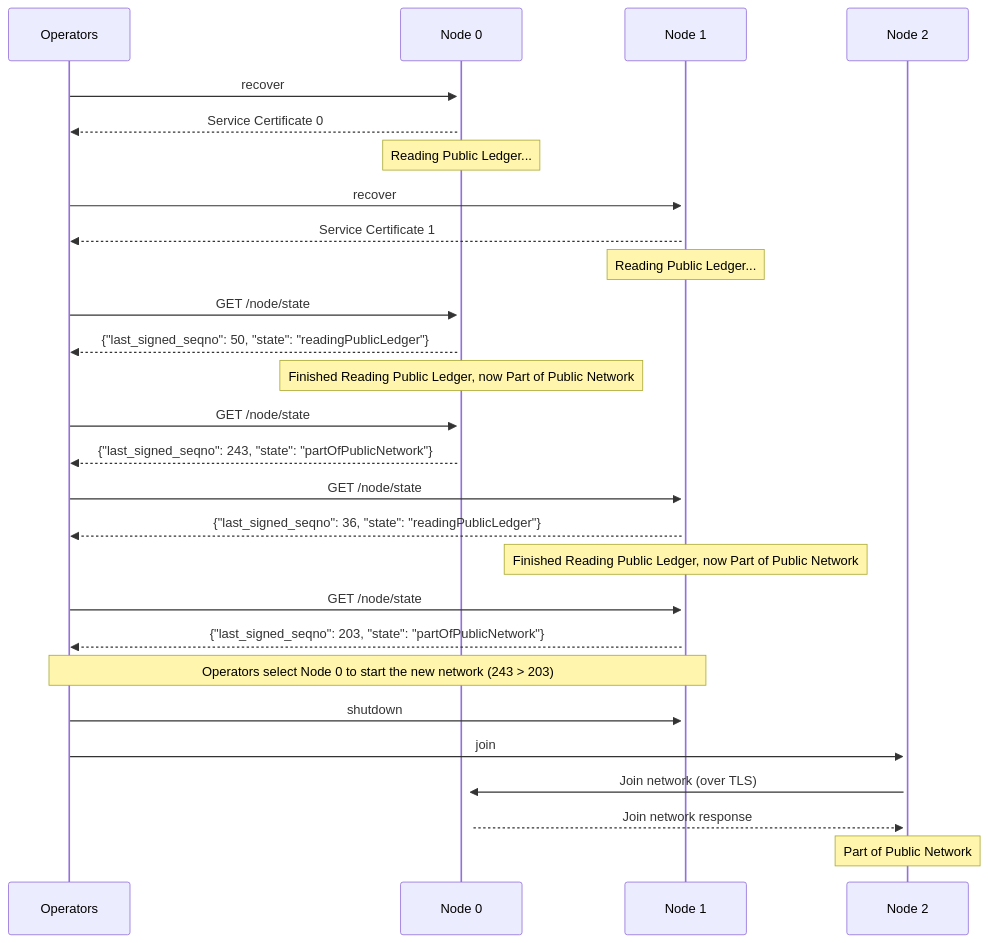
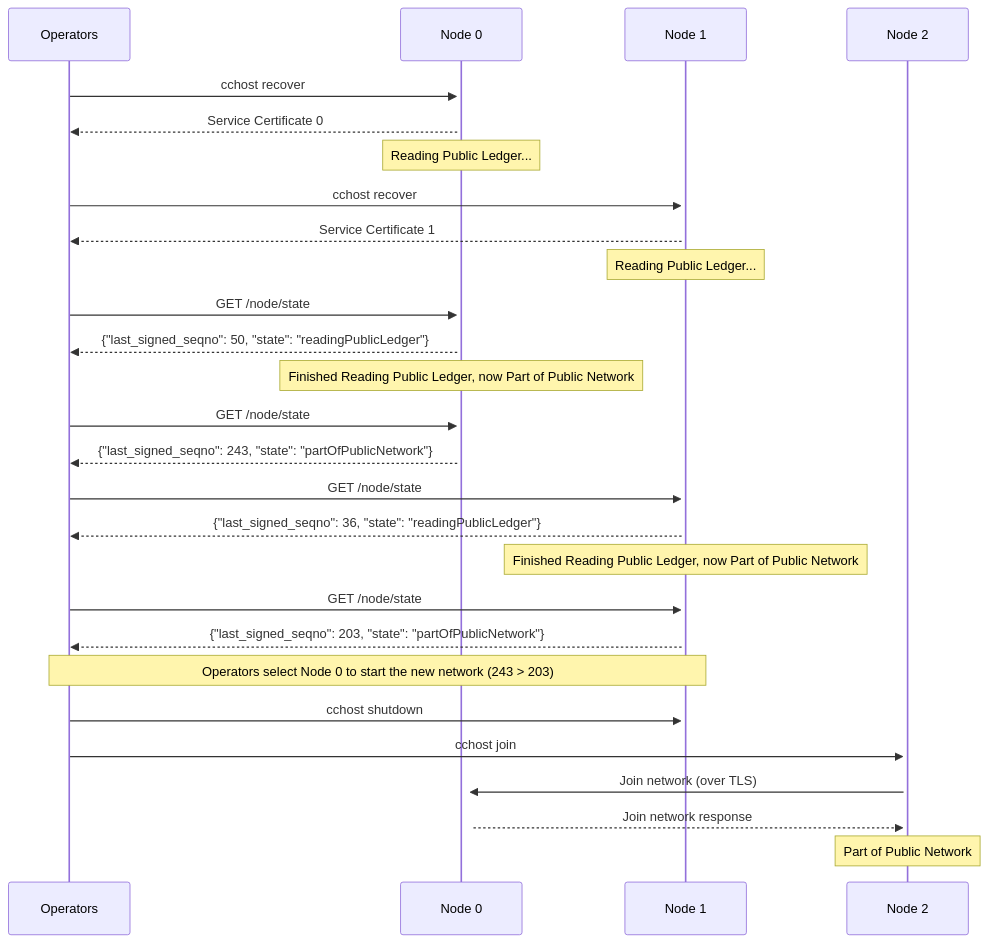
One commit to microsoft/CCF changed the third of 3 diagrams in doc/operations/recovery.rst. Above: the diagram before and after it, drawn with Mermaid. The commit also changed other lines of this file and 1386 other files, not shown here.

```diff
--- a/doc/operations/recovery.rst
+++ b/doc/operations/recovery.rst
@@ -77,36 +77,36 @@
 .. mermaid::
 
     sequenceDiagram
         participant Operators
         participant Node 0
         participant Node 1
         participant Node 2
 
-        Operators->>+Node 0: recover
+        Operators->>+Node 0: cchost recover
         Node 0-->>Operators: Service Certificate 0
         Note over Node 0: Reading Public Ledger...
 
-        Operators->>+Node 1: recover
+        Operators->>+Node 1: cchost recover
         Node 1-->>Operators: Service Certificate 1
         Note over Node 1: Reading Public Ledger...
 
         Operators->>+Node 0: GET /node/state
         Node 0-->>Operators: {"last_signed_seqno": 50, "state": "readingPublicLedger"}
         Note over Node 0: Finished Reading Public Ledger, now Part of Public Network
         Operators->>Node 0: GET /node/state
         Node 0-->>Operators: {"last_signed_seqno": 243, "state": "partOfPublicNetwork"}
 
         Operators->>+Node 1: GET /node/state
         Node 1-->>Operators: {"last_signed_seqno": 36, "state": "readingPublicLedger"}
         Note over Node 1: Finished Reading Public Ledger, now Part of Public Network
         Operators->>Node 1: GET /node/state
         Node 1-->>Operators: {"last_signed_seqno": 203, "state": "partOfPublicNetwork"}
 
         Note over Operators, Node 1: Operators select Node 0 to start the new network (243 > 203)
 
-        Operators->>+Node 1: shutdown
+        Operators->>+Node 1: cchost shutdown
 
-        Operators->>+Node 2: join
+        Operators->>+Node 2: cchost join
         Node 2->>+Node 0: Join network (over TLS)
         Node 0-->>Node 2: Join network response
         Note over Node 2: Part of Public Network
```
